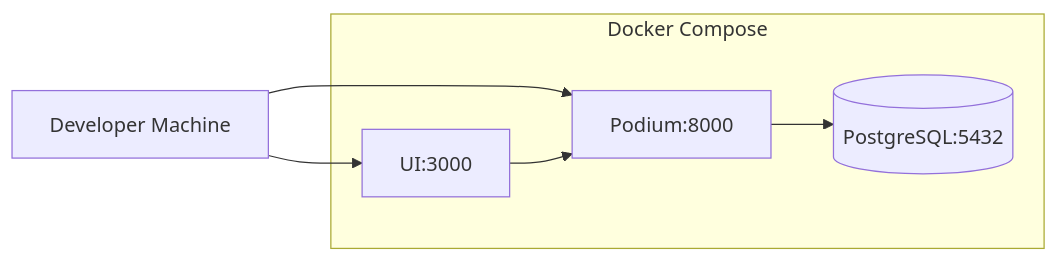
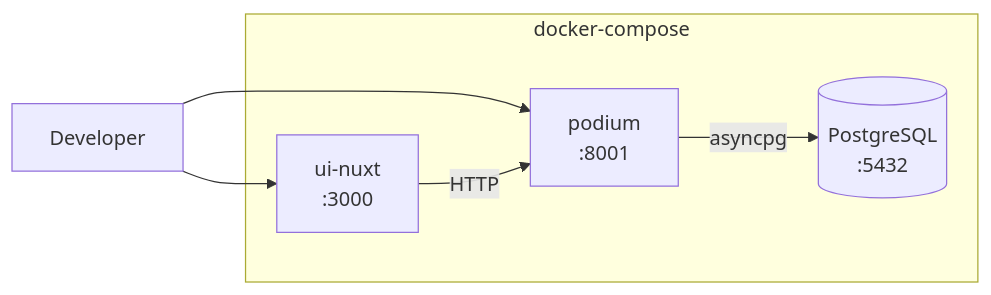
One commit to TheDataMaestros/datametronome changed the eighth of 9 diagrams in docs/architecture.md. Above: the diagram before and after it, drawn with Mermaid. The commit also changed other lines of this file and 5 other files, not shown here.

````diff
--- a/docs/architecture.md
+++ b/docs/architecture.md
@@ -431,14 +558,13 @@
 ```mermaid
 graph LR
-    DEV[Developer Machine]
-    subgraph "Docker Compose"
-        UI[UI:3000]
-        API[Podium:8000]
-        DB[(PostgreSQL:5432)]
+    subgraph "docker-compose"
+        UI["ui-nuxt<br/>:3000"]
+        API["podium<br/>:8001"]
+        DB[("PostgreSQL<br/>:5432")]
     end
 
-    DEV --> UI
+    DEV["Developer"] --> UI
     DEV --> API
-    UI --> API
-    API --> DB
+    UI -->|HTTP| API
+    API -->|asyncpg| DB
 ```
````
